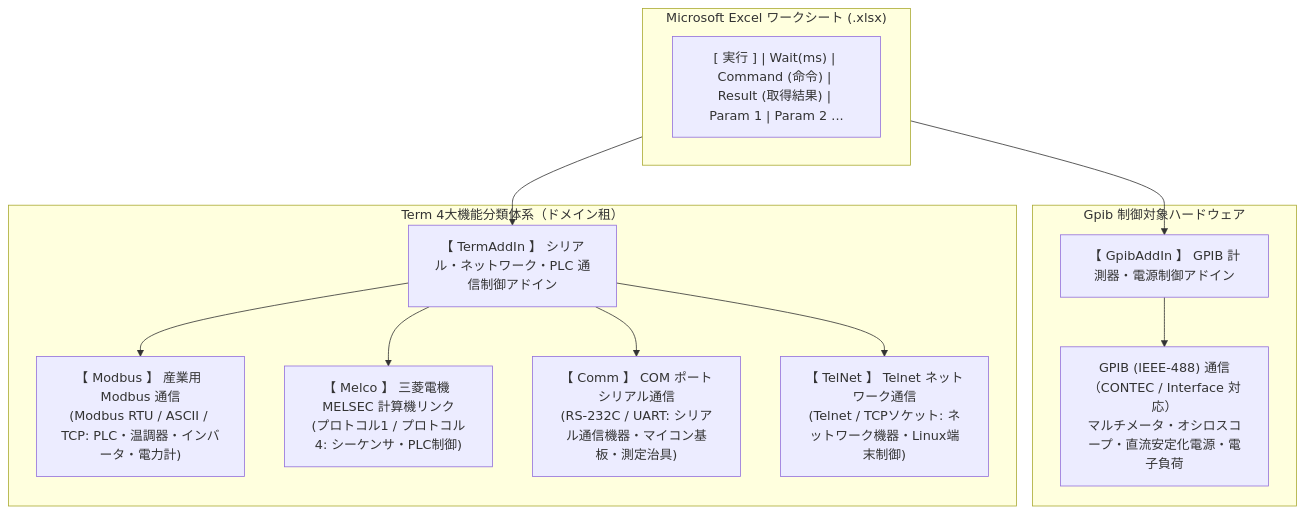
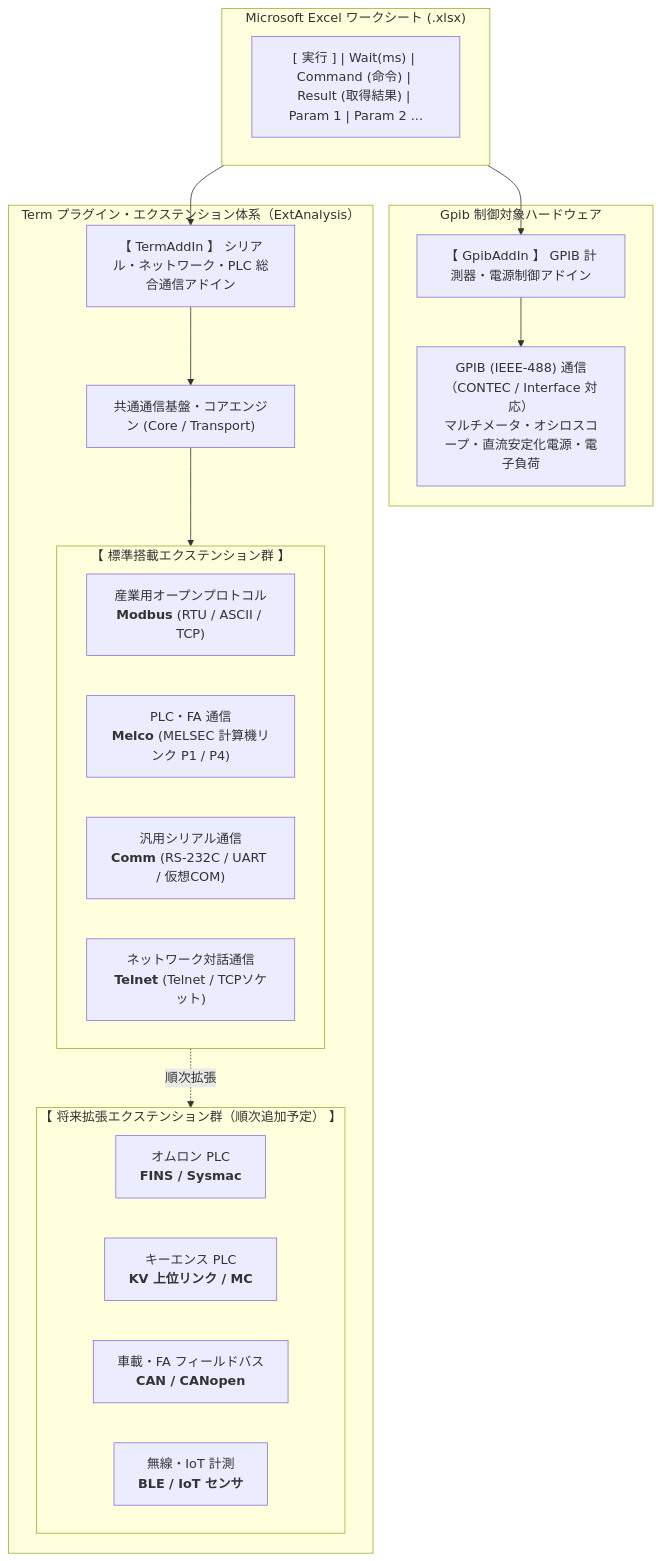
Before and after one commit to Monaca-App/store: the diagram in README.md, drawn with Mermaid. The commit also changed other lines of this file, not shown here.

````diff
--- a/README.md
+++ b/README.md
@@ -22,20 +22,36 @@
 ```mermaid
 flowchart TD
     subgraph Excel["Microsoft Excel ワークシート (.xlsx)"]
         Row["[ 実行 ] | Wait(ms) | Command (命令) | Result (取得結果) | Param 1 | Param 2 ..."]
     end
 
     Excel --> Gpib["【 GpibAddIn 】 GPIB 計測器・電源制御アドイン"]
-    Excel --> Term["【 TermAddIn 】 シリアル・ネットワーク・PLC 通信制御アドイン"]
+    Excel --> Term["【 TermAddIn 】 シリアル・ネットワーク・PLC 総合通信アドイン"]
 
     subgraph GpibDetails["Gpib 制御対象ハードウェア"]
         Gpib --> GpibDev["GPIB (IEEE-488) 通信（CONTEC / Interface 対応）<br>マルチメータ・オシロスコープ・直流安定化電源・電子負荷"]
     end
 
-    subgraph TermDetails["Term 4大機能分類体系（ドメイン租）"]
-        Term --> Modbus["【 Modbus 】 産業用 Modbus 通信<br>(Modbus RTU / ASCII / TCP: PLC・温調器・インバータ・電力計)"]
-        Term --> Melco["【 Melco 】 三菱電機 MELSEC 計算機リンク<br>(プロトコル1 / プロトコル4: シーケンサ・PLC制御)"]
-        Term --> Comm["【 Comm 】 COM ポートシリアル通信<br>(RS-232C / UART: シリアル通信機器・マイコン基板・測定治具)"]
-        Term --> Telnet["【 TelNet 】 Telnet ネットワーク通信<br>(Telnet / TCPソケット: ネットワーク機器・Linux端末制御)"]
+    subgraph TermArchitecture["Term プラグイン・エクステンション体系（ExtAnalysis）"]
+        Term --> TermCore["共通通信基盤・コアエンジン (Core / Transport)"]
+
+        TermCore --> ExtStandard
+        ExtStandard -. 順次拡張 .-> ExtFuture
+
+        subgraph ExtStandard["【 標準搭載エクステンション群 】"]
+            direction LR
+            Modbus["産業用オープンプロトコル<br><b>Modbus</b> (RTU / ASCII / TCP)"]
+            Melco["PLC・FA 通信<br><b>Melco</b> (MELSEC 計算機リンク P1 / P4)"]
+            Comm["汎用シリアル通信<br><b>Comm</b> (RS-232C / UART / 仮想COM)"]
+            Telnet["ネットワーク対話通信<br><b>Telnet</b> (Telnet / TCPソケット)"]
+        end
+
+        subgraph ExtFuture["【 将来拡張エクステンション群（順次追加予定） 】"]
+            direction LR
+            OMRON["オムロン PLC<br><b>FINS / Sysmac</b>"]
+            KEYENCE["キーエンス PLC<br><b>KV 上位リンク / MC</b>"]
+            CAN["車載・FA フィールドバス<br><b>CAN / CANopen</b>"]
+            IoT["無線・IoT 計測<br><b>BLE / IoT センサ</b>"]
+        end
     end
 ```
````
